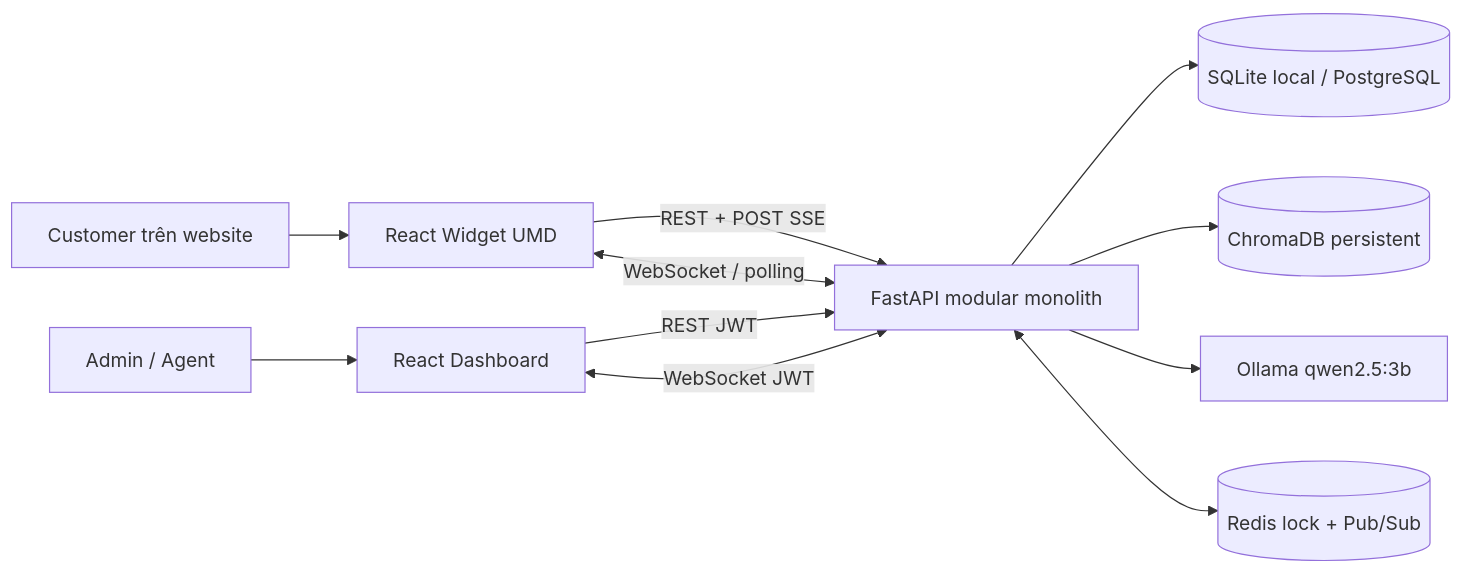
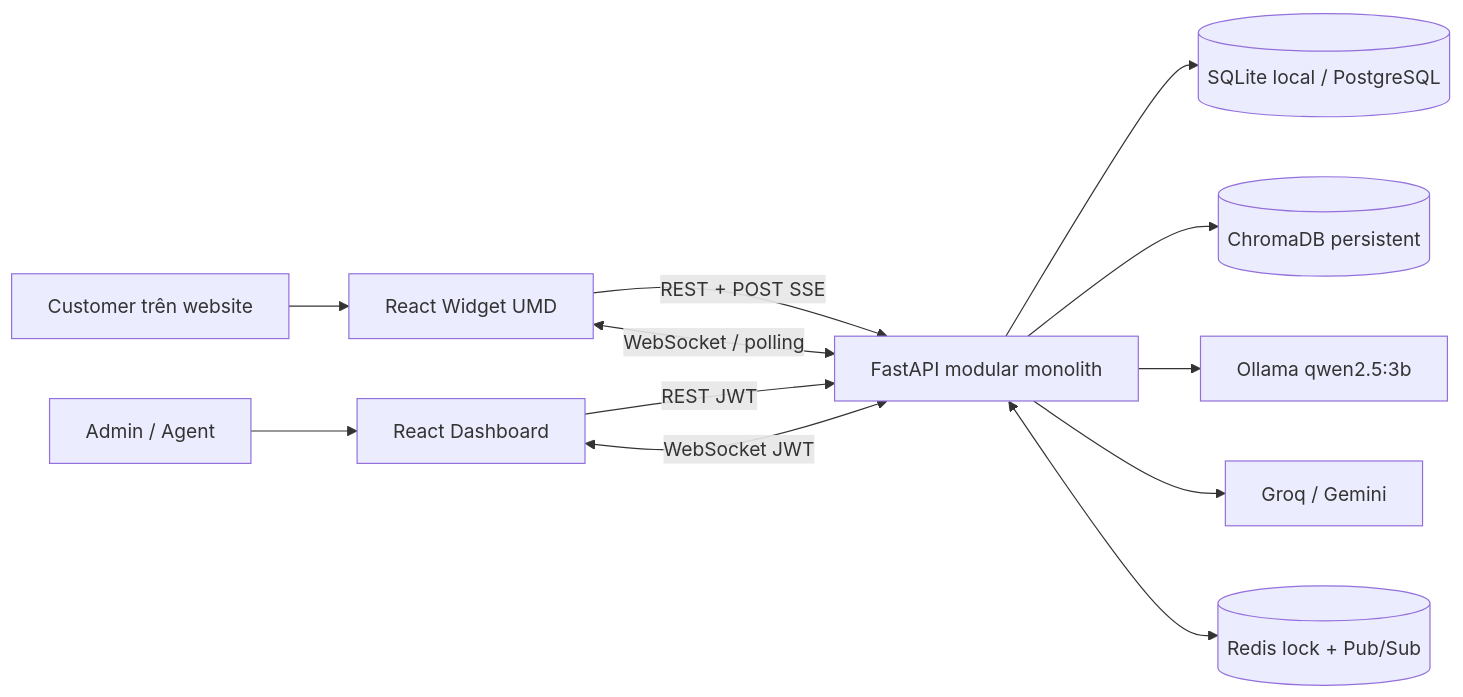
One commit to uncletanh/CNPM-Group-1 changed the first of 2 diagrams in reengineered_docs/10_Software_Architecture.md. Above: the diagram before and after it, drawn with Mermaid. The commit also changed other lines of this file and 12 other files, not shown here.

Commit message:
feat: add Groq and Gemini LLM fallback

````diff
--- a/reengineered_docs/10_Software_Architecture.md
+++ b/reengineered_docs/10_Software_Architecture.md
@@ -21,13 +21,14 @@
 ```mermaid
 flowchart LR
     Customer["Customer trên website"] --> Widget["React Widget UMD"]
     Admin["Admin / Agent"] --> Dashboard["React Dashboard"]
     Widget -->|"REST + POST SSE"| API["FastAPI modular monolith"]
     Widget <-->|"WebSocket / polling"| API
     Dashboard -->|"REST JWT"| API
     Dashboard <-->|"WebSocket JWT"| API
     API --> SQL[("SQLite local / PostgreSQL")]
     API --> Chroma[("ChromaDB persistent")]
     API --> Ollama["Ollama qwen2.5:3b"]
+    API --> CloudLLM["Groq / Gemini"]
     API <--> Redis[("Redis lock + Pub/Sub")]
 ```
````
